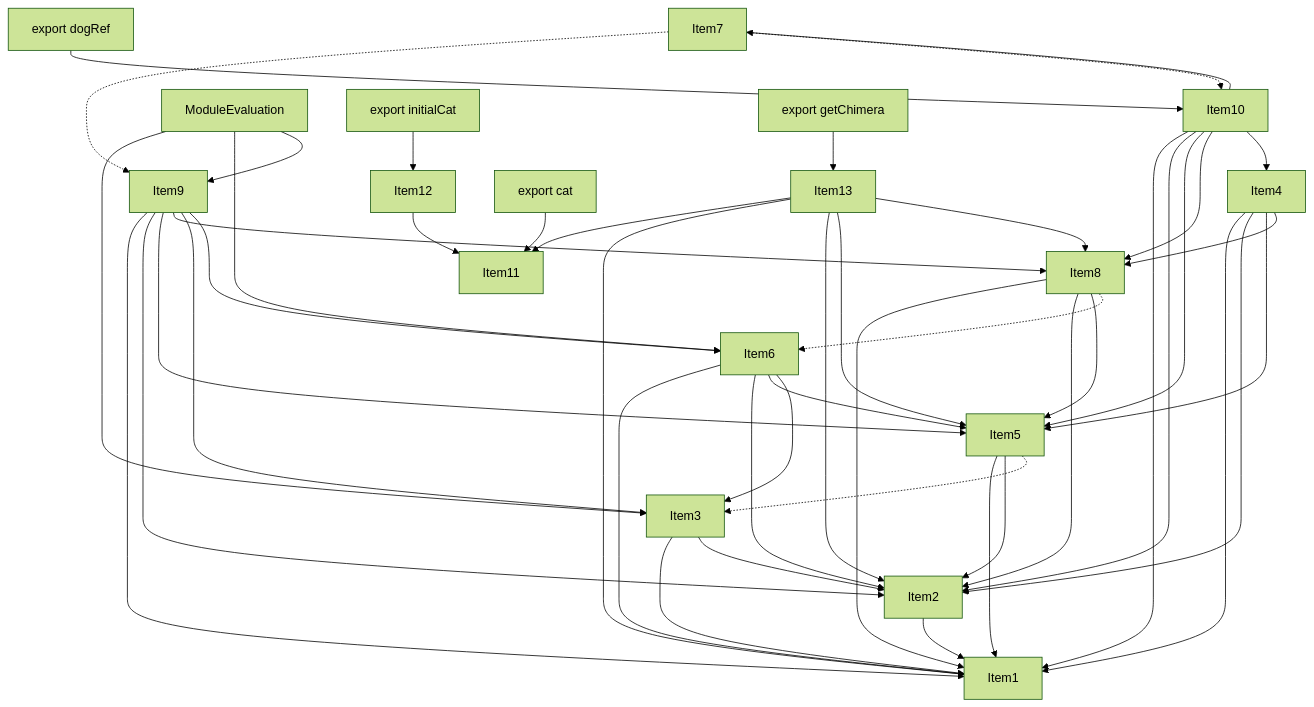
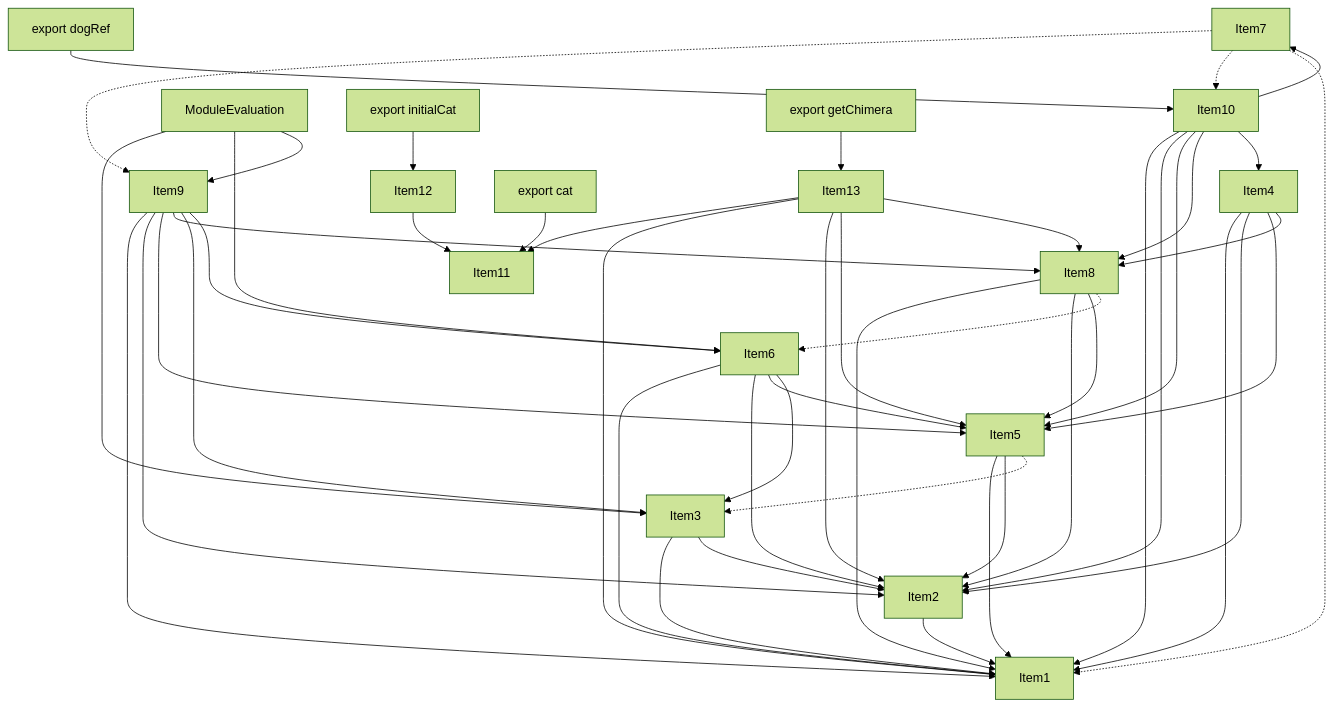
One commit to vercel/turborepo changed the fourth of 5 diagrams in crates/turbopack-ecmascript/tests/tree-shaker/analyzer/complex/output.md. Above: the diagram before and after it, drawn with Mermaid (forest theme). The commit also changed other lines of this file and 3 other files, not shown here.

````diff
--- a/crates/turbopack-ecmascript/tests/tree-shaker/analyzer/complex/output.md
+++ b/crates/turbopack-ecmascript/tests/tree-shaker/analyzer/complex/output.md
@@ -308,71 +309,72 @@
 ```mermaid
 graph TD
     Item1;
     Item2;
     Item3;
     Item4;
     Item5;
     Item6;
     Item7;
     Item8;
     Item9;
     Item10;
     Item11;
     Item12;
     Item13;
     Item14;
     Item14["ModuleEvaluation"];
     Item15;
     Item15["export dogRef"];
     Item16;
     Item16["export cat"];
     Item17;
     Item17["export initialCat"];
     Item18;
     Item18["export getChimera"];
     Item2 --> Item1;
     Item3 --> Item1;
     Item3 --> Item2;
     Item5 --> Item1;
     Item5 --> Item2;
     Item5 -.-> Item3;
     Item6 --> Item1;
     Item6 --> Item2;
     Item6 --> Item5;
     Item6 --> Item3;
     Item8 --> Item1;
     Item8 --> Item2;
     Item8 --> Item5;
     Item8 -.-> Item6;
     Item9 --> Item1;
     Item9 --> Item2;
     Item9 --> Item5;
     Item9 --> Item8;
     Item9 --> Item3;
     Item9 --> Item6;
     Item10 --> Item1;
     Item10 --> Item2;
     Item10 --> Item5;
     Item10 --> Item8;
     Item10 --> Item4;
     Item10 --> Item7;
     Item12 --> Item11;
     Item15 --> Item10;
     Item16 --> Item11;
     Item17 --> Item12;
     Item18 --> Item13;
     Item4 --> Item1;
     Item4 --> Item2;
     Item4 --> Item5;
     Item4 --> Item8;
     Item7 -.-> Item9;
     Item7 -.-> Item10;
+    Item7 -.-> Item1;
     Item13 --> Item11;
     Item13 --> Item1;
     Item13 --> Item2;
     Item13 --> Item5;
     Item13 --> Item8;
     Item14 --> Item3;
     Item14 --> Item6;
     Item14 --> Item9;
 ```
````
